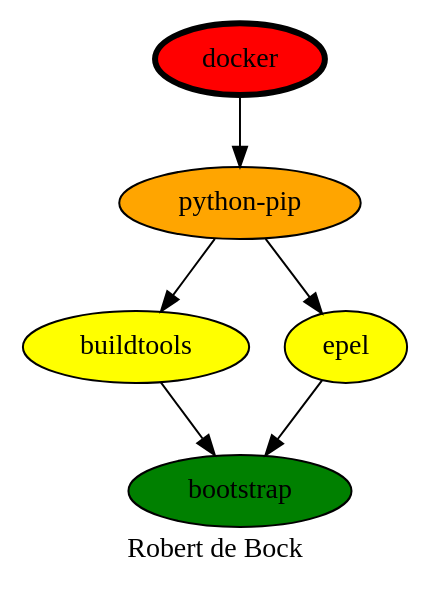
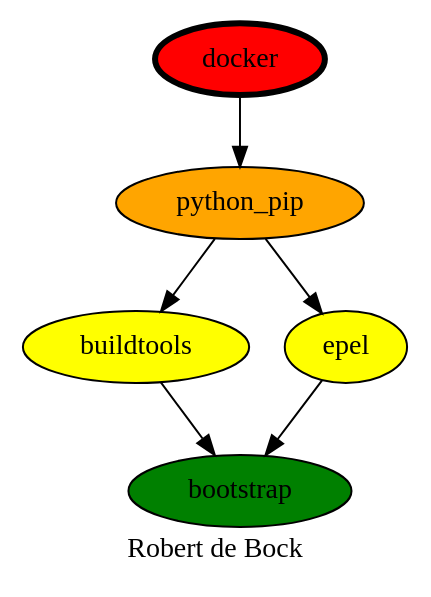
The diagram in docker.dot (robertdebock/drawings), drawn with Graphviz before and after one commit. The commit also changed 14 other files, not shown here.

```diff
--- a/docker.dot
+++ b/docker.dot
@@ -1,14 +1,14 @@
 digraph PhiloDilemma {
   label = "Robert de Bock" ;
   overlap=false
   {
     bootstrap [fillcolor=green style=filled]
     buildtools [fillcolor=yellow style=filled]
     epel [fillcolor=yellow style=filled]
-    "python-pip" [fillcolor=orange style=filled]
+    "python_pip" [fillcolor=orange style=filled]
     docker [fillcolor=red style=filled penwidth=3]
   }
-  docker -> "python-pip"
-  "python-pip" -> {buildtools epel}
+  docker -> "python_pip"
+  "python_pip" -> {buildtools epel}
   {buildtools epel} -> bootstrap
 }
```
